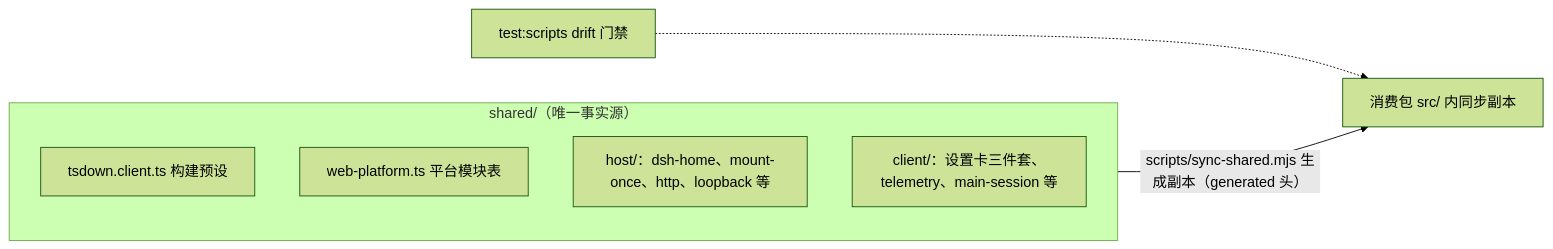
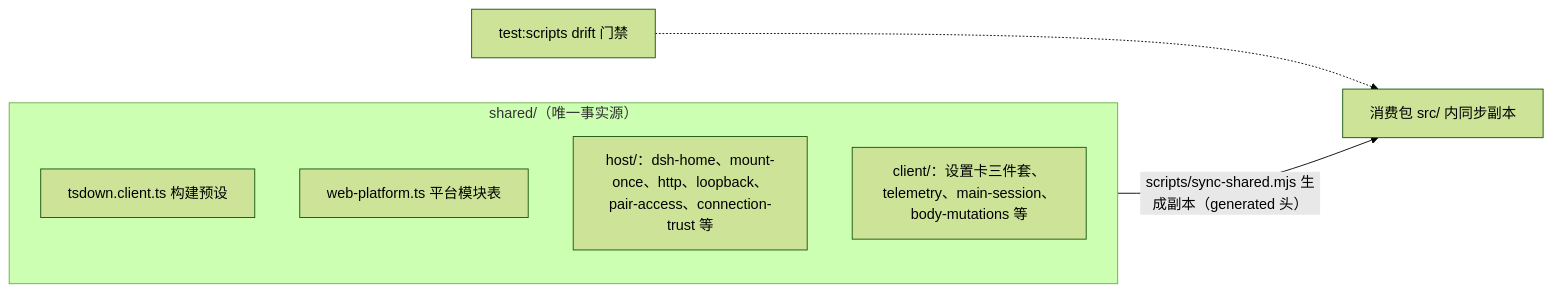
One commit to zhu1090093659/dsh-web changed the eighth of 9 diagrams in docs/architecture.md. Above: the diagram before and after it, drawn with Mermaid (forest theme). The commit also changed other lines of this file and 55 other files, not shown here.

````diff
--- a/docs/architecture.md
+++ b/docs/architecture.md
@@ -147,11 +147,11 @@
 ```mermaid
 flowchart LR
     subgraph sharedbox["shared/（唯一事实源）"]
         PRESET["tsdown.client.ts 构建预设"]
         PLATFORM["web-platform.ts 平台模块表"]
-        HOSTM["host/：dsh-home、mount-once、http、loopback 等"]
-        CLIENTM["client/：设置卡三件套、telemetry、main-session 等"]
+        HOSTM["host/：dsh-home、mount-once、http、loopback、pair-access、connection-trust 等"]
+        CLIENTM["client/：设置卡三件套、telemetry、main-session、body-mutations 等"]
     end
     sharedbox -- "scripts/sync-shared.mjs 生成副本（generated 头）" --> PKGS["消费包 src/ 内同步副本"]
     GATE["test:scripts drift 门禁"] -.-> PKGS
 ```
````
